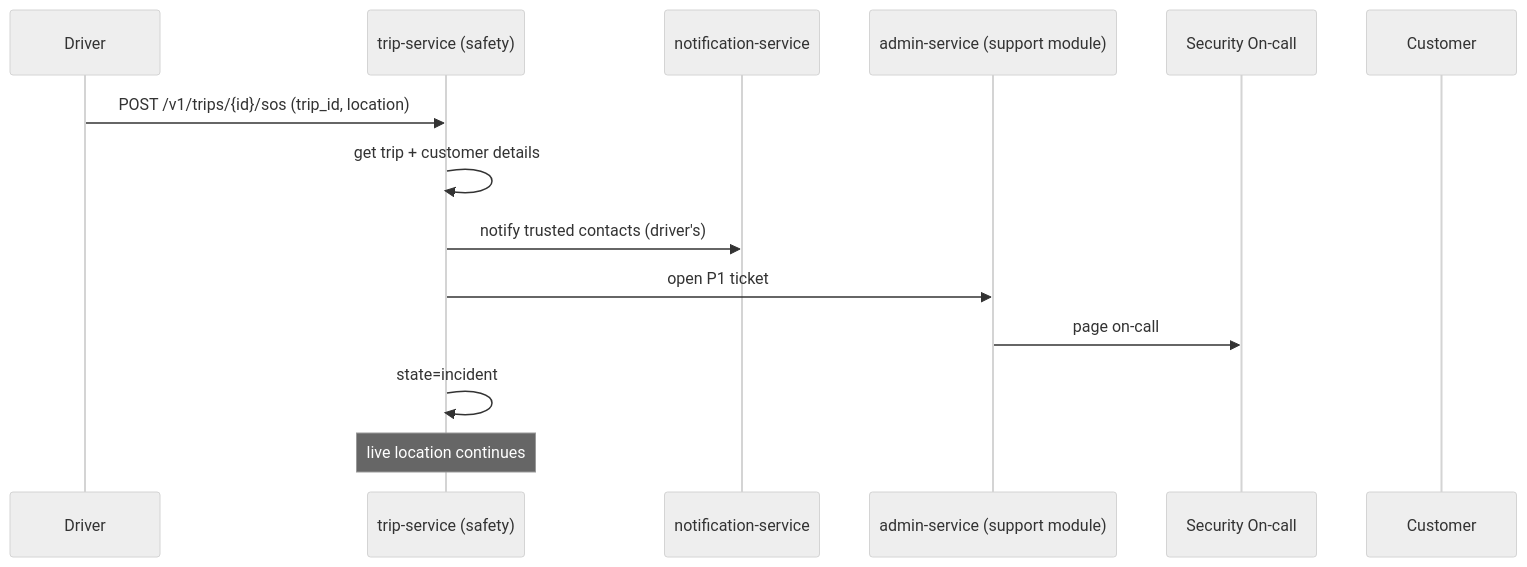
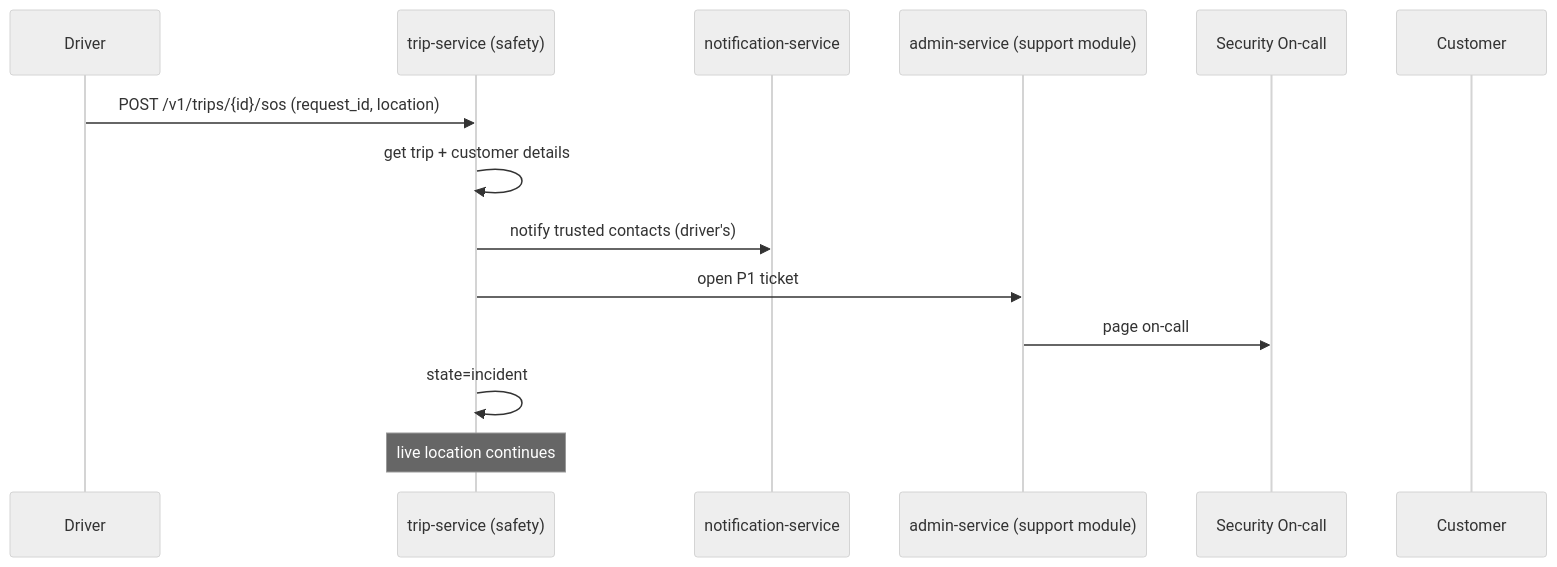
Before and after one commit to mohamedhabibwork/trips-enjoy-docs: the second of 10 diagrams in docs/workflows/SAFETY_WORKFLOWS.md, drawn with Mermaid (neutral theme). The commit also changed other lines of this file and 201 other files, not shown here.

````diff
--- a/docs/workflows/SAFETY_WORKFLOWS.md
+++ b/docs/workflows/SAFETY_WORKFLOWS.md
@@ -39,17 +48,17 @@
 ```mermaid
 sequenceDiagram
     participant DR as Driver
     participant TR as trip-service (safety)
     participant NOT as notification-service
     participant ADM as admin-service (support module)
     participant SEC as Security On-call
     participant C as Customer
 
-    DR->>TR: POST /v1/trips/{id}/sos (trip_id, location)
+    DR->>TR: POST /v1/trips/{id}/sos (request_id, location)
     TR->>TR: get trip + customer details
     TR->>NOT: notify trusted contacts (driver's)
     TR->>ADM: open P1 ticket
     ADM->>SEC: page on-call
     TR->>TR: state=incident
     Note over TR: live location continues
 ```
````
